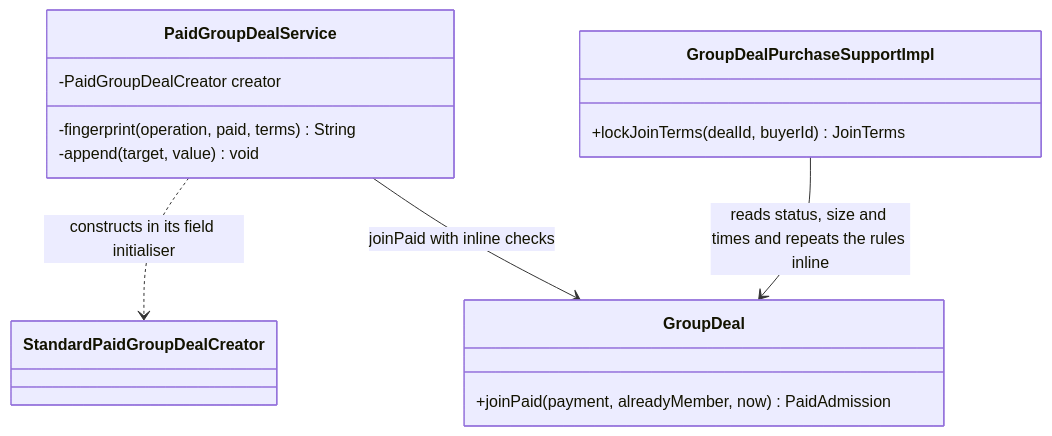
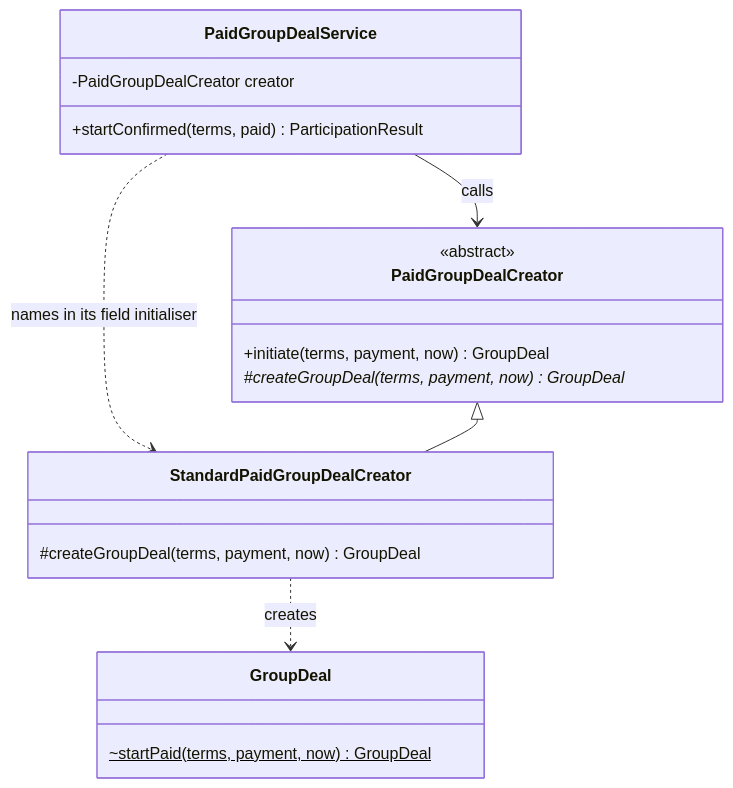
One commit to PPsyrius/iss-groupbuy-team8 changed the eighth of 11 diagrams in docs/swe5006/report-drafts/eric-wang-contribution.md. Above: the diagram before and after it, drawn with Mermaid. The commit also changed other lines of this file and 3 other files, not shown here.

````diff
--- a/docs/swe5006/report-drafts/eric-wang-contribution.md
+++ b/docs/swe5006/report-drafts/eric-wang-contribution.md
@@ -385,18 +611,22 @@
 ```mermaid
 classDiagram
     class PaidGroupDealService {
         -PaidGroupDealCreator creator
-        -fingerprint(operation, paid, terms) String
-        -append(target, value) void
+        +startConfirmed(terms, paid) ParticipationResult
     }
-    class StandardPaidGroupDealCreator
-    class GroupDealPurchaseSupportImpl {
-        +lockJoinTerms(dealId, buyerId) JoinTerms
+    class PaidGroupDealCreator {
+        <<abstract>>
+        +initiate(terms, payment, now) GroupDeal
+        #createGroupDeal(terms, payment, now)* GroupDeal
+    }
+    class StandardPaidGroupDealCreator {
+        #createGroupDeal(terms, payment, now) GroupDeal
     }
     class GroupDeal {
-        +joinPaid(payment, alreadyMember, now) PaidAdmission
+        ~startPaid(terms, payment, now)$ GroupDeal
     }
-    PaidGroupDealService ..> StandardPaidGroupDealCreator : constructs in its field initialiser
-    PaidGroupDealService --> GroupDeal : joinPaid with inline checks
-    GroupDealPurchaseSupportImpl --> GroupDeal : reads status, size and times and repeats the rules inline
+    PaidGroupDealService --> PaidGroupDealCreator : calls
+    PaidGroupDealService ..> StandardPaidGroupDealCreator : names in its field initialiser
+    PaidGroupDealCreator <|-- StandardPaidGroupDealCreator
+    StandardPaidGroupDealCreator ..> GroupDeal : creates
 ```
````
